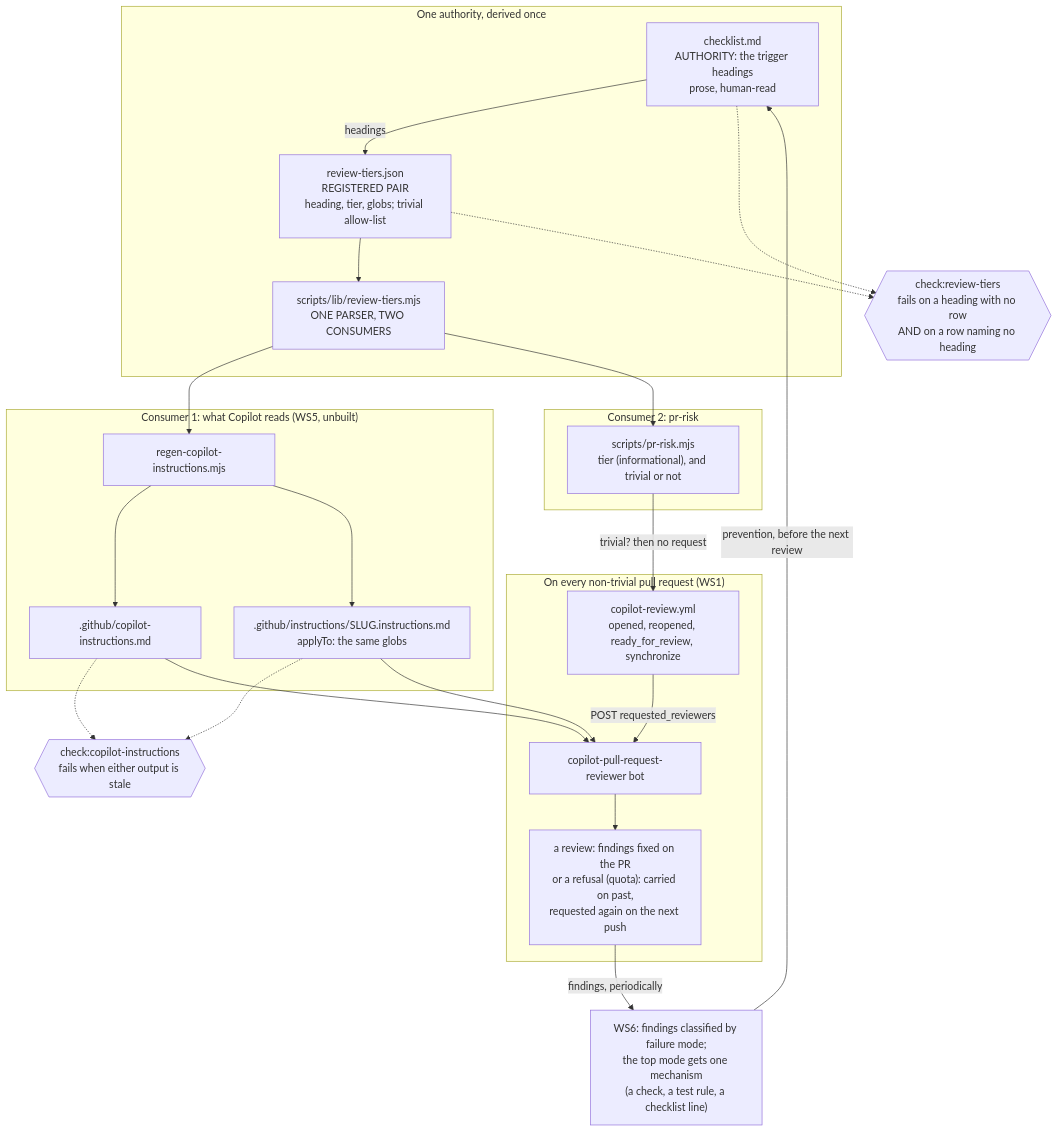
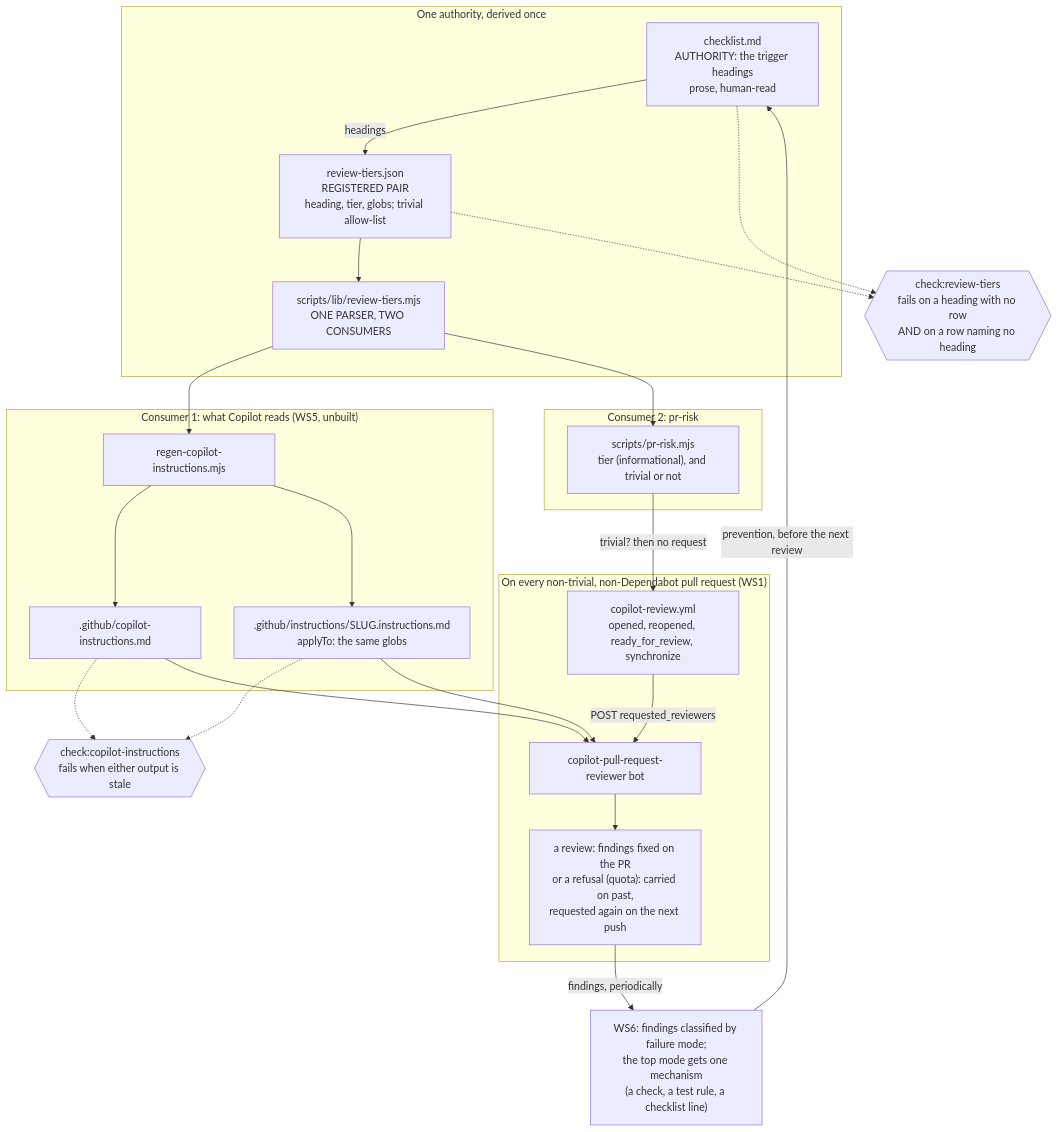
The diagram in barwise/docs/specs/tiered-pr-review.spec.md (semantic-praxis/barwise), drawn with Mermaid before and after one commit. The commit also changed other lines of this file and 1 other file, not shown here.

First line of the commit message:
docs(review): the Dependabot exception in the spec's flow, WS1 and acceptance, and the steward skill

````diff
--- a/barwise/docs/specs/tiered-pr-review.spec.md
+++ b/barwise/docs/specs/tiered-pr-review.spec.md
@@ -475,48 +475,48 @@
 ```mermaid
 flowchart TD
     subgraph Derivation["One authority, derived once"]
         CL["checklist.md\nAUTHORITY: the trigger headings\nprose, human-read"]
         RT["review-tiers.json\nREGISTERED PAIR\nheading, tier, globs; trivial allow-list"]
         PARSER["scripts/lib/review-tiers.mjs\nONE PARSER, TWO CONSUMERS"]
     end
 
     CRT{{"check:review-tiers\nfails on a heading with no row\nAND on a row naming no heading"}}
 
     subgraph Consumer1["Consumer 1: what Copilot reads (WS5, unbuilt)"]
         REGEN["regen-copilot-instructions.mjs"]
         OUT1[".github/copilot-instructions.md"]
         OUT2[".github/instructions/SLUG.instructions.md\napplyTo: the same globs"]
     end
 
     CCI{{"check:copilot-instructions\nfails when either output is stale"}}
 
     subgraph Consumer2["Consumer 2: pr-risk"]
         RISK["scripts/pr-risk.mjs\ntier (informational), and trivial or not"]
     end
 
-    subgraph OnPR["On every non-trivial pull request (WS1)"]
+    subgraph OnPR["On every non-trivial, non-Dependabot pull request (WS1)"]
         WF["copilot-review.yml\nopened, reopened, ready_for_review, synchronize"]
         BOT["copilot-pull-request-reviewer bot"]
         OUTCOME["a review: findings fixed on the PR\nor a refusal (quota): carried on past,\nrequested again on the next push"]
     end
 
     LEARN["WS6: findings classified by failure mode;\nthe top mode gets one mechanism\n(a check, a test rule, a checklist line)"]
 
     CL -->|headings| RT
     RT --> PARSER
     CL -.-> CRT
     RT -.-> CRT
     PARSER --> REGEN
     PARSER --> RISK
     REGEN --> OUT1
     REGEN --> OUT2
     OUT1 -.-> CCI
     OUT2 -.-> CCI
     OUT1 --> BOT
     OUT2 --> BOT
     RISK -->|trivial? then no request| WF
     WF -->|POST requested_reviewers| BOT
     BOT --> OUTCOME
     OUTCOME -->|findings, periodically| LEARN
     LEARN -->|prevention, before the next review| CL
 ```
````
